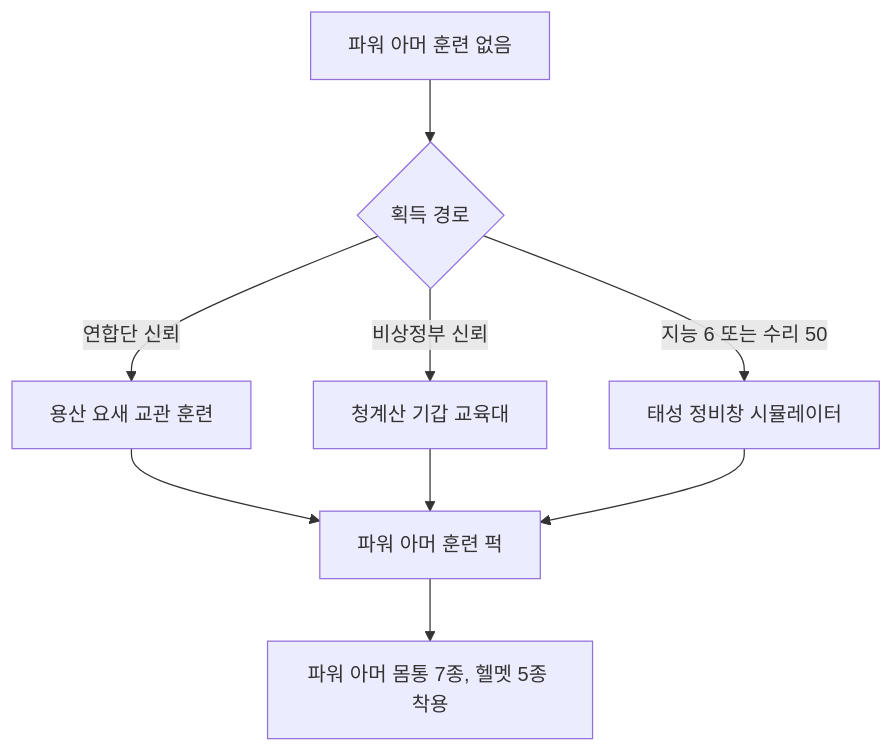
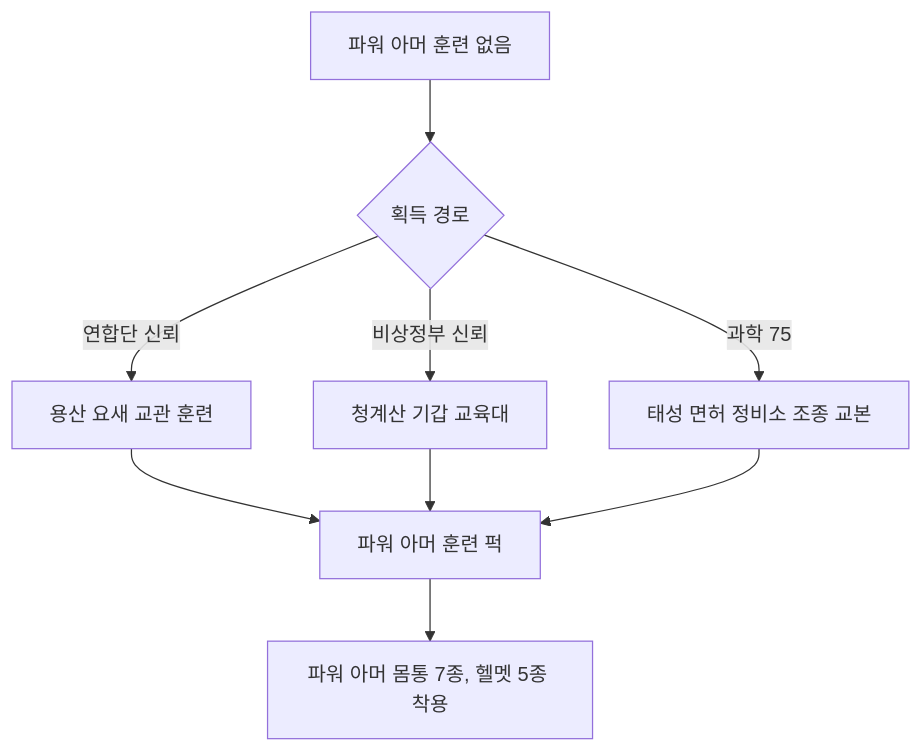
Before and after one commit to forsurvive/003: the fourth of 5 diagrams in docs/seoul-fallout/13_items.md, drawn with Mermaid. The commit also changed other lines of this file and 3 other files, not shown here.

````diff
--- a/docs/seoul-fallout/13_items.md
+++ b/docs/seoul-fallout/13_items.md
@@ -702,11 +725,11 @@
 ```mermaid
 flowchart TD
   S["파워 아머 훈련 없음"] --> Q{"획득 경로"}
   Q -->|"연합단 신뢰"| A["용산 요새 교관 훈련"]
   Q -->|"비상정부 신뢰"| B["청계산 기갑 교육대"]
-  Q -->|"지능 6 또는 수리 50"| C["태성 정비창 시뮬레이터"]
+  Q -->|"과학 75"| C["태성 면허 정비소 조종 교본"]
   A --> T["파워 아머 훈련 퍽"]
   B --> T
   C --> T
   T --> U["파워 아머 몸통 7종, 헬멧 5종 착용"]
 ```
````
